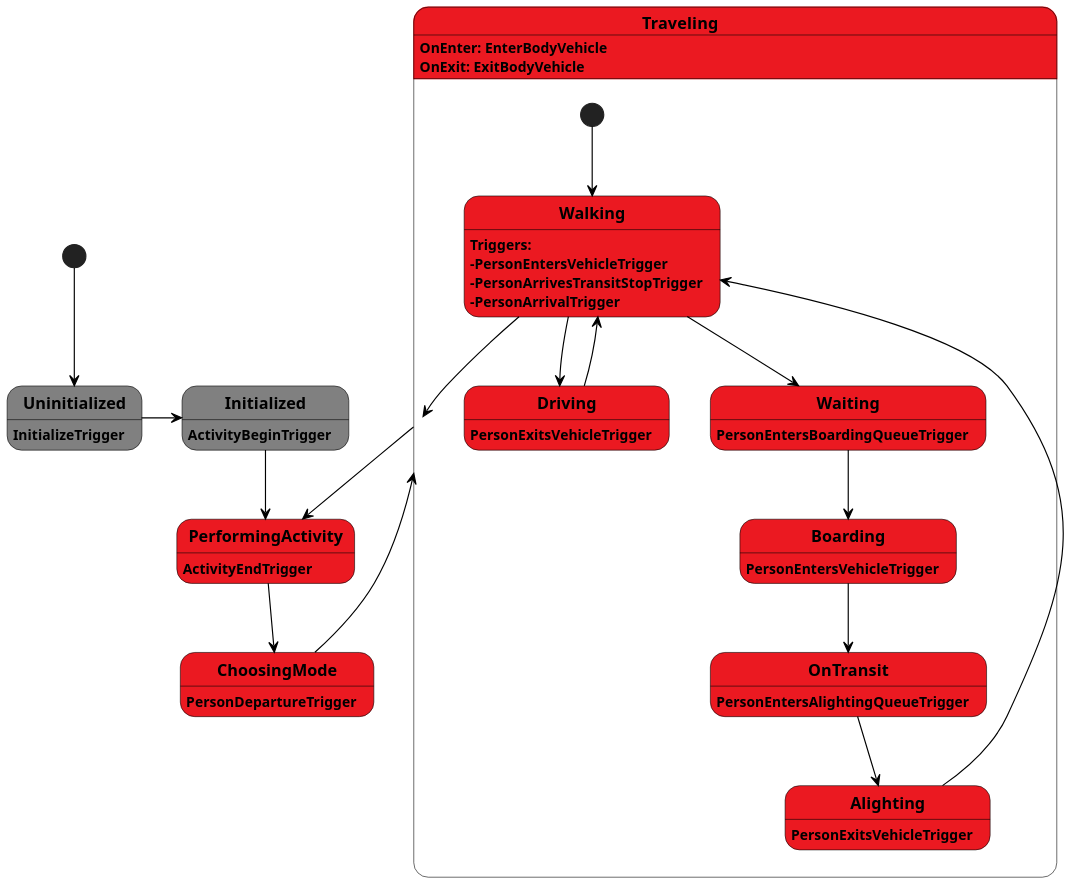
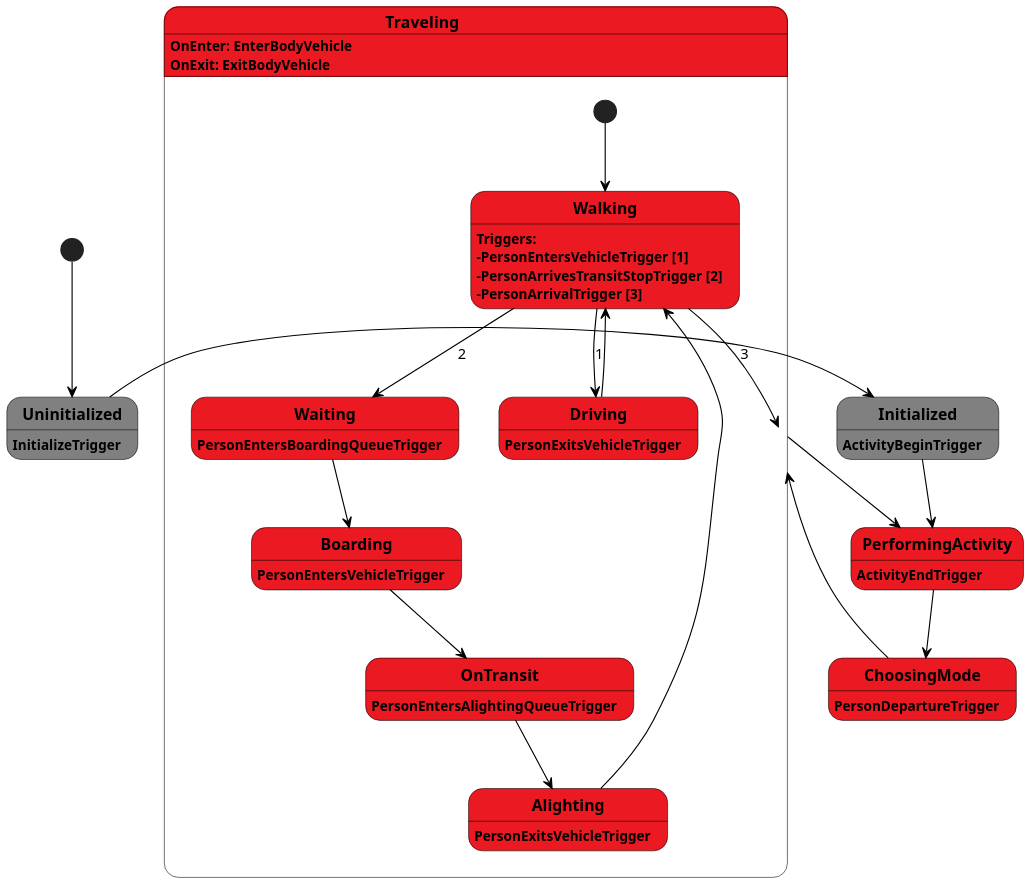
The diagram in docs/uml/personAgentFSM.puml (LBNL-UCB-STI/beam), drawn with PlantUML before and after one commit.

Commit message:
clarify which triggers lead where

```diff
--- a/docs/uml/personAgentFSM.puml
+++ b/docs/uml/personAgentFSM.puml
@@ -1,72 +1,72 @@
 @startuml
 scale 1300 height
 skinparam stateBorderColor #black
 skinparam stateFontStyle bold
 skinparam arrowColor #black
 
 ' BeamAgent: States '
 state Uninitialized #grey
 Uninitialized: InitializeTrigger
 
 state Initialized #grey
 Initialized: ActivityBeginTrigger
 
 'BeamAgent Transitions'
 [*] --> Uninitialized
 Uninitialized -> Initialized
 
 ''''''''''''''''''''''''''
 ' PersonAgent States'
 ''''''''''''''''''''''''''
 state PerformingActivity #eb1921
 PerformingActivity: ActivityEndTrigger
 
 state ChoosingMode #eb1921
 ChoosingMode: PersonDepartureTrigger
 
 state Traveling #eb1921{
     Traveling: OnEnter: EnterBodyVehicle
     Traveling: OnExit: ExitBodyVehicle
 
     state Walking #eb1921{
         Walking: Triggers:
-        Walking: -PersonEntersVehicleTrigger
-        Walking: -PersonArrivesTransitStopTrigger
-        Walking: -PersonArrivalTrigger
+        Walking: -PersonEntersVehicleTrigger [1]
+        Walking: -PersonArrivesTransitStopTrigger [2]
+        Walking: -PersonArrivalTrigger [3]
     }
     state Driving #eb1921{
         Driving: PersonExitsVehicleTrigger
     }
     state Waiting #eb1921{
         Waiting: PersonEntersBoardingQueueTrigger
     }
     state Boarding #eb1921{
         Boarding: PersonEntersVehicleTrigger
     }
     state OnTransit #eb1921{
         OnTransit: PersonEntersAlightingQueueTrigger
     }
     state Alighting #eb1921{
         Alighting: PersonExitsVehicleTrigger
     }
 
     [*] --> Walking
-    Walking --> Driving
-    Walking --> Waiting
+    Walking --> Driving: 1
+    Walking --> Waiting: 2
     Waiting --> Boarding
     Boarding --> OnTransit
     OnTransit --> Alighting
     Alighting --> Walking
     Driving --> Walking
 }
 
 ''''''''''''''''''''''''''
 ' PersonAgent Transitions'
 ''''''''''''''''''''''''''
 Initialized --> PerformingActivity
 PerformingActivity --> ChoosingMode
 Traveling --> PerformingActivity
 ChoosingMode --> Traveling
-Walking --> Traveling
+Walking --> Traveling: 3
 
 @enduml
```
